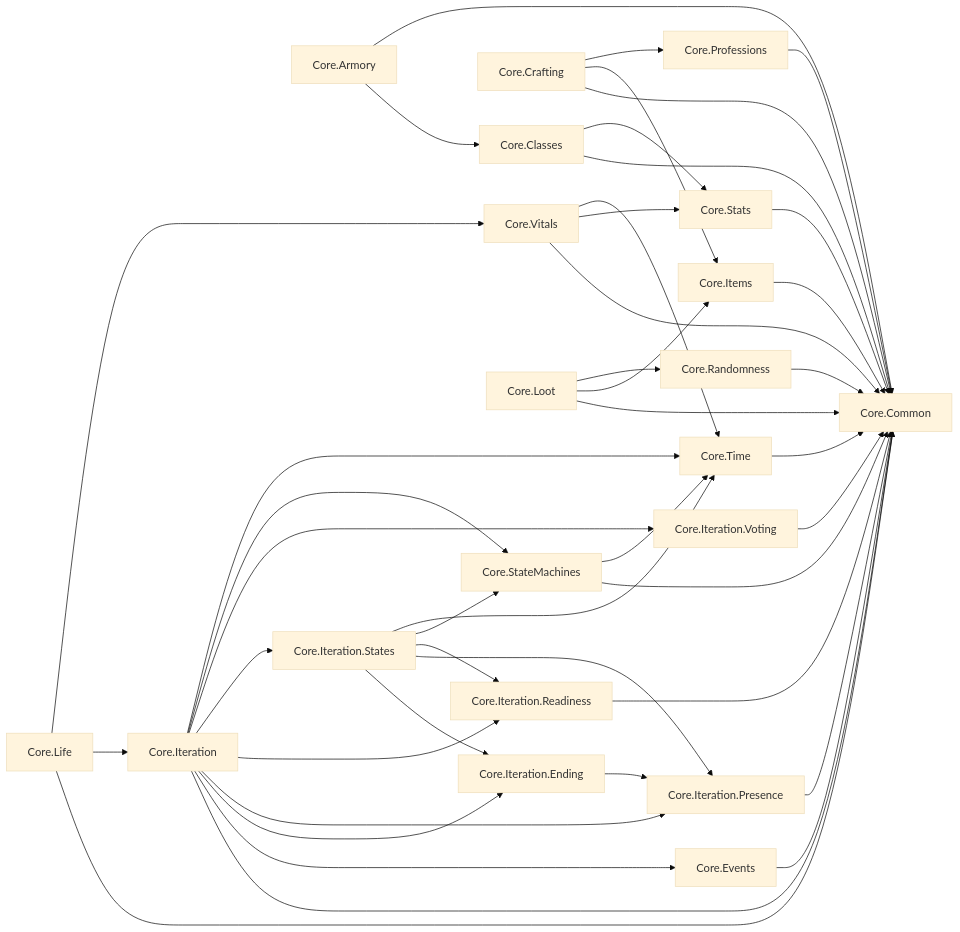
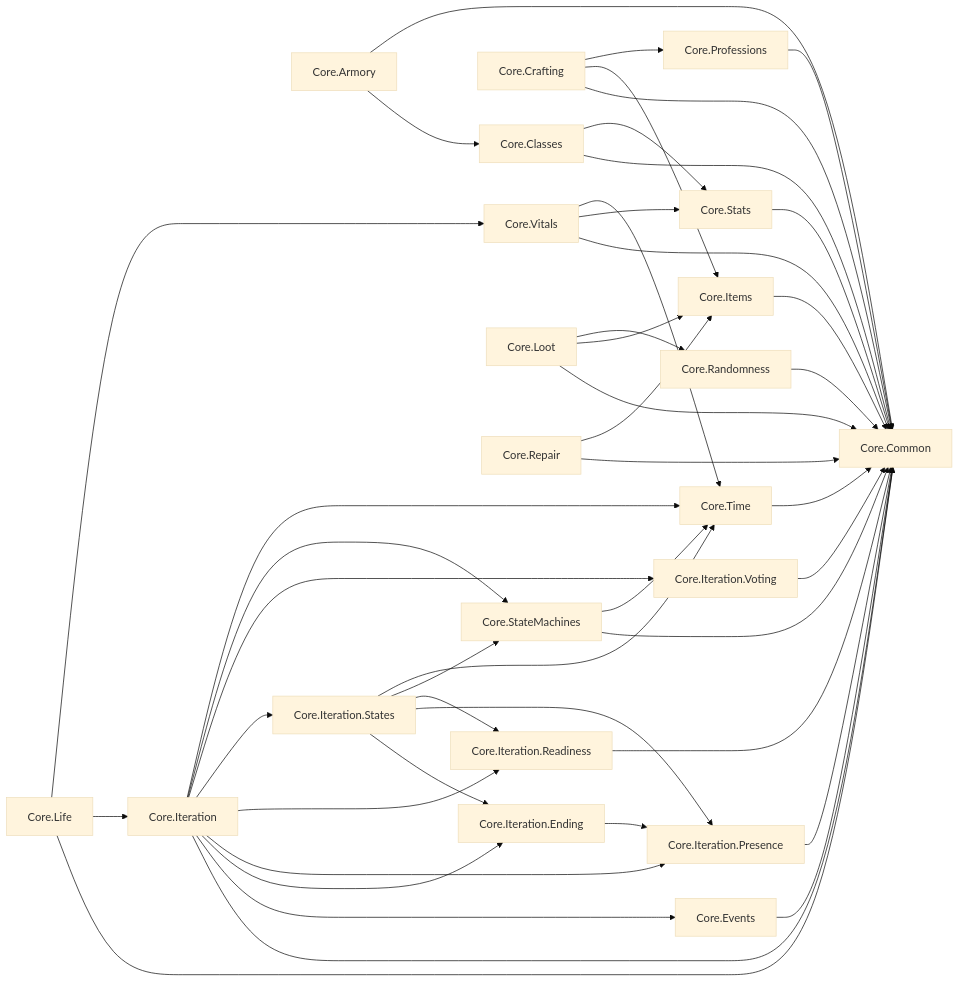
One commit to LazaroPol/Acensor changed the diagram in docs/arquitectura/MODULOS.md. Above: the diagram before and after it, drawn with Mermaid (base theme). The commit also changed other lines of this file and 3 other files, not shown here.

````diff
--- a/docs/arquitectura/MODULOS.md
+++ b/docs/arquitectura/MODULOS.md
@@ -32,65 +33,68 @@
 ```mermaid
 flowchart LR
   n0["Core.Armory"]
   n1["Core.Classes"]
   n2["Core.Common"]
   n3["Core.Crafting"]
   n4["Core.Events"]
   n5["Core.Items"]
   n6["Core.Iteration"]
   n7["Core.Iteration.Ending"]
   n8["Core.Iteration.Presence"]
   n9["Core.Iteration.Readiness"]
   n10["Core.Iteration.States"]
   n11["Core.Iteration.Voting"]
   n12["Core.Life"]
   n13["Core.Loot"]
   n14["Core.Professions"]
   n15["Core.Randomness"]
-  n16["Core.StateMachines"]
-  n17["Core.Stats"]
-  n18["Core.Time"]
-  n19["Core.Vitals"]
+  n16["Core.Repair"]
+  n17["Core.StateMachines"]
+  n18["Core.Stats"]
+  n19["Core.Time"]
+  n20["Core.Vitals"]
   n0 --> n1
   n0 --> n2
   n1 --> n2
-  n1 --> n17
+  n1 --> n18
   n3 --> n2
   n3 --> n5
   n3 --> n14
   n4 --> n2
   n5 --> n2
   n6 --> n2
   n6 --> n4
   n6 --> n7
   n6 --> n8
   n6 --> n9
   n6 --> n10
   n6 --> n11
-  n6 --> n16
-  n6 --> n18
+  n6 --> n17
+  n6 --> n19
   n7 --> n8
   n8 --> n2
   n9 --> n2
   n10 --> n7
   n10 --> n8
   n10 --> n9
-  n10 --> n16
-  n10 --> n18
+  n10 --> n17
+  n10 --> n19
   n11 --> n2
   n12 --> n2
   n12 --> n6
-  n12 --> n19
+  n12 --> n20
   n13 --> n2
   n13 --> n5
   n13 --> n15
   n14 --> n2
   n15 --> n2
   n16 --> n2
-  n16 --> n18
+  n16 --> n5
   n17 --> n2
+  n17 --> n19
   n18 --> n2
   n19 --> n2
-  n19 --> n17
-  n19 --> n18
+  n20 --> n2
+  n20 --> n18
+  n20 --> n19
 ```
````
